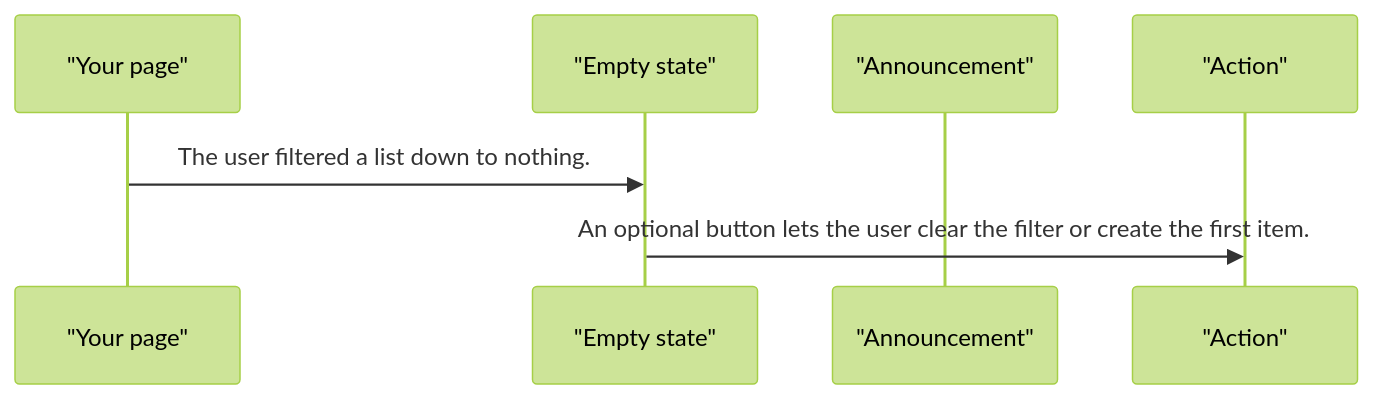
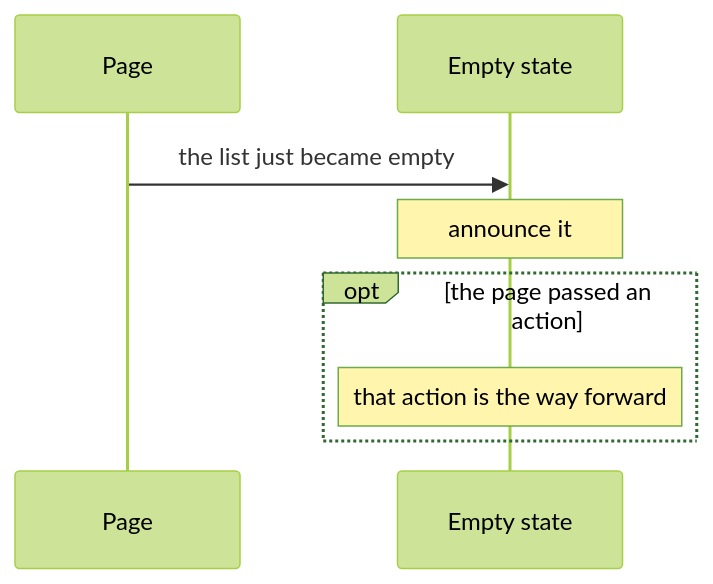
One commit to RajshekharBorate/pixel-ui changed the third of 4 diagrams in projects/pixel-ui/src/lib/pixel-empty-state/DESIGN.md. Above: the diagram before and after it, drawn with Mermaid (forest theme). The commit also changed other lines of this file and 73 other files, not shown here.

Commit message:
Explain who owns each value and what each flow does in every component and service design.

````diff
--- a/projects/pixel-ui/src/lib/pixel-empty-state/DESIGN.md
+++ b/projects/pixel-ui/src/lib/pixel-empty-state/DESIGN.md
@@ -64,9 +79,10 @@
 ```mermaid
 sequenceDiagram
-  participant page as "Your page"
-  participant empty as "Empty state"
-  participant live as "Announcement"
-  participant action as "Action"
-  page->>empty: The user filtered a list down to nothing.
-  empty->>action: An optional button lets the user clear the filter or create the first item.
+  participant Page
+  participant Empty as Empty state
+  Page->>Empty: the list just became empty
+  Note over Empty: announce it
+  opt the page passed an action
+    Note over Empty: that action is the way forward
+  end
 ```
````
